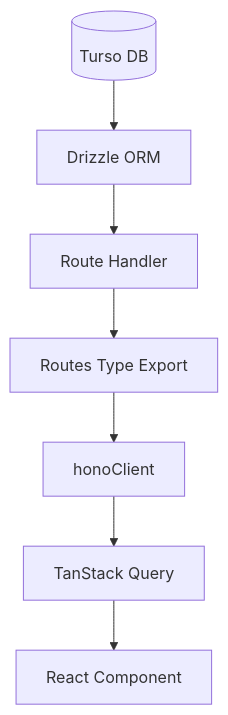
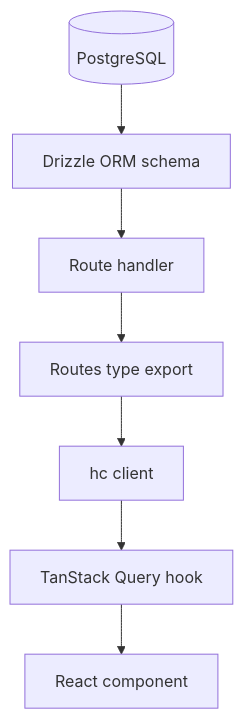
Before and after one commit to IsaiaScope/monorepoonfire: the third of 5 diagrams in doc/architecture-overview.md, drawn with Mermaid. The commit also changed other lines of this file and 48 other files, not shown here.

````diff
--- a/doc/architecture-overview.md
+++ b/doc/architecture-overview.md
@@ -119,9 +87,9 @@
 ```mermaid
-flowchart TB
-    DB[(Turso DB)] --> Drizzle[Drizzle ORM]
-    Drizzle --> Handler[Route Handler]
-    Handler --> RPC[Routes Type Export]
-    RPC --> Client[honoClient]
-    Client --> Query[TanStack Query]
-    Query --> Component[React Component]
+graph TD
+    DB[(PostgreSQL)] --> Drizzle[Drizzle ORM schema]
+    Drizzle --> Handler[Route handler]
+    Handler --> RPC[Routes type export]
+    RPC --> Client[hc client]
+    Client --> Query[TanStack Query hook]
+    Query --> Component[React component]
 ```
````
